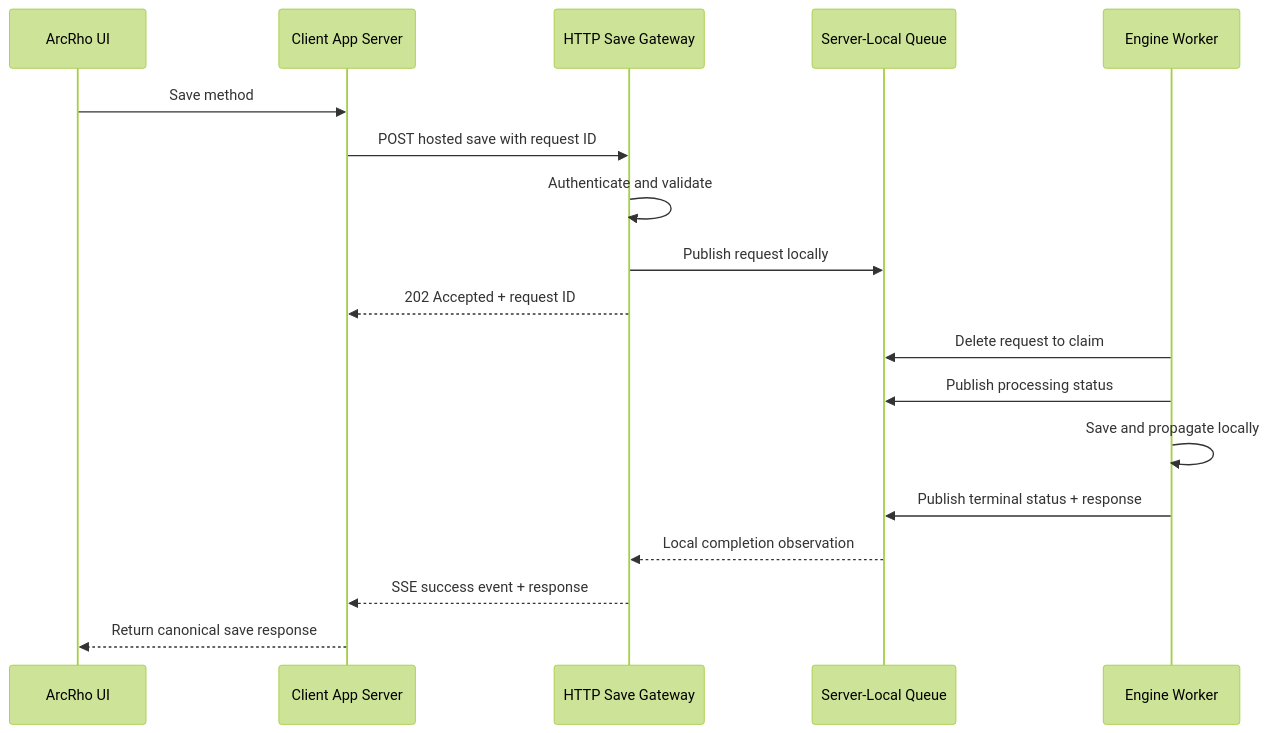
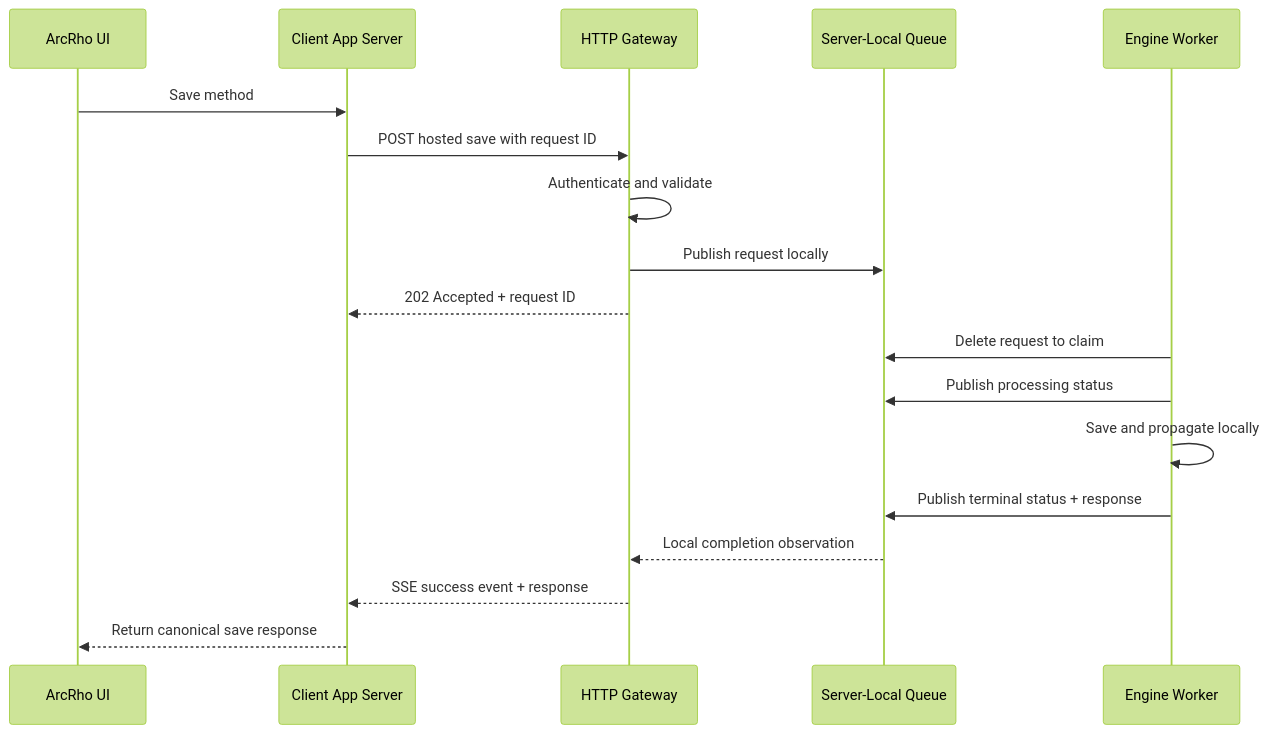
One commit to xw2781/ArcRho changed the second of 2 diagrams in docs/plans/hosted_save_http_transport.md. Above: the diagram before and after it, drawn with Mermaid (forest theme). The commit also changed other lines of this file and 49 other files, not shown here.

First line of the commit message:
refactor(gateway): rename ArcRho Save Gateway to ArcRho Gateway

````diff
--- a/docs/plans/hosted_save_http_transport.md
+++ b/docs/plans/hosted_save_http_transport.md
@@ -169,21 +169,21 @@
 ```mermaid
 sequenceDiagram
     participant UI as ArcRho UI
     participant Client as Client App Server
-    participant Gateway as HTTP Save Gateway
+    participant Gateway as HTTP Gateway
     participant Queue as Server-Local Queue
     participant Engine as Engine Worker
 
     UI->>Client: Save method
     Client->>Gateway: POST hosted save with request ID
     Gateway->>Gateway: Authenticate and validate
     Gateway->>Queue: Publish request locally
     Gateway-->>Client: 202 Accepted + request ID
     Engine->>Queue: Delete request to claim
     Engine->>Queue: Publish processing status
     Engine->>Engine: Save and propagate locally
     Engine->>Queue: Publish terminal status + response
     Queue-->>Gateway: Local completion observation
     Gateway-->>Client: SSE success event + response
     Client-->>UI: Return canonical save response
 ```
````
